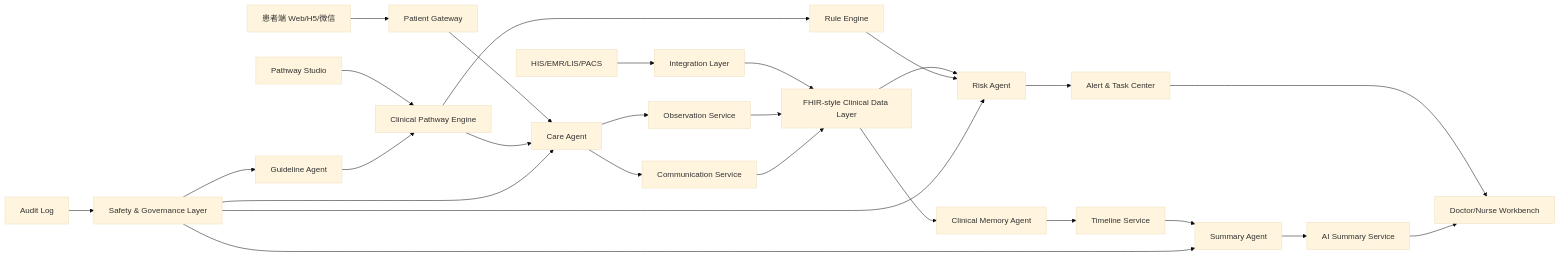
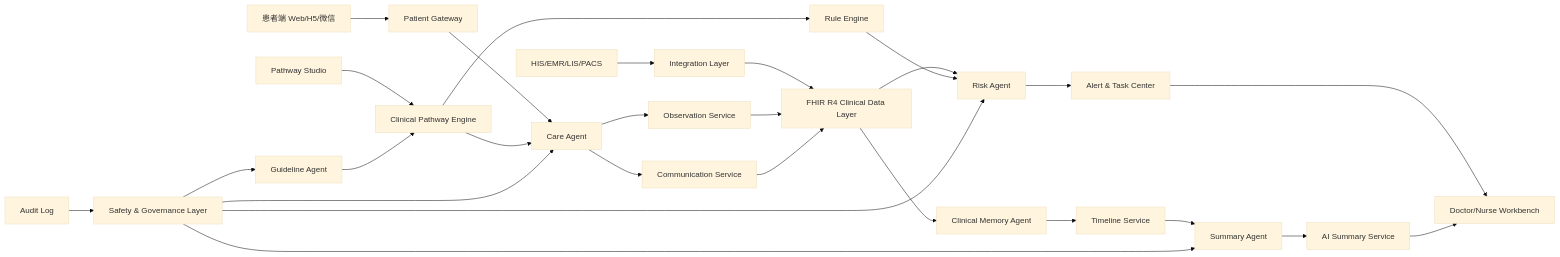
Before and after one commit to ZIYUEZHANG0731/continucare-demo: the first of 4 diagrams in docs/02_system_architecture.md, drawn with Mermaid (base theme). The commit also changed other lines of this file and 59 other files, not shown here.

````diff
--- a/docs/02_system_architecture.md
+++ b/docs/02_system_architecture.md
@@ -16,35 +18,35 @@
 ```mermaid
 flowchart LR
   Patient[患者端 Web/H5/微信] --> Gateway[Patient Gateway]
   Gateway --> CareAgent[Care Agent]
   CareAgent --> Obs[Observation Service]
   CareAgent --> Comm[Communication Service]
 
   HIS[HIS/EMR/LIS/PACS] --> Integration[Integration Layer]
-  Integration --> ClinicalData[FHIR-style Clinical Data Layer]
+  Integration --> ClinicalData[FHIR R4 Clinical Data Layer]
 
   Obs --> ClinicalData
   Comm --> ClinicalData
 
   PathwayStudio[Pathway Studio] --> PathwayEngine[Clinical Pathway Engine]
   GuidelineAgent[Guideline Agent] --> PathwayEngine
   PathwayEngine --> CareAgent
   PathwayEngine --> RuleEngine[Rule Engine]
 
   ClinicalData --> MemoryAgent[Clinical Memory Agent]
   ClinicalData --> RiskAgent[Risk Agent]
   RuleEngine --> RiskAgent
   RiskAgent --> AlertCenter[Alert & Task Center]
   AlertCenter --> Workbench[Doctor/Nurse Workbench]
 
   MemoryAgent --> Timeline[Timeline Service]
   Timeline --> SummaryAgent[Summary Agent]
   SummaryAgent --> Summary[AI Summary Service]
   Summary --> Workbench
 
   Safety[Safety & Governance Layer] --> CareAgent
   Safety --> GuidelineAgent
   Safety --> RiskAgent
   Safety --> SummaryAgent
   Audit[Audit Log] --> Safety
 ```
````
